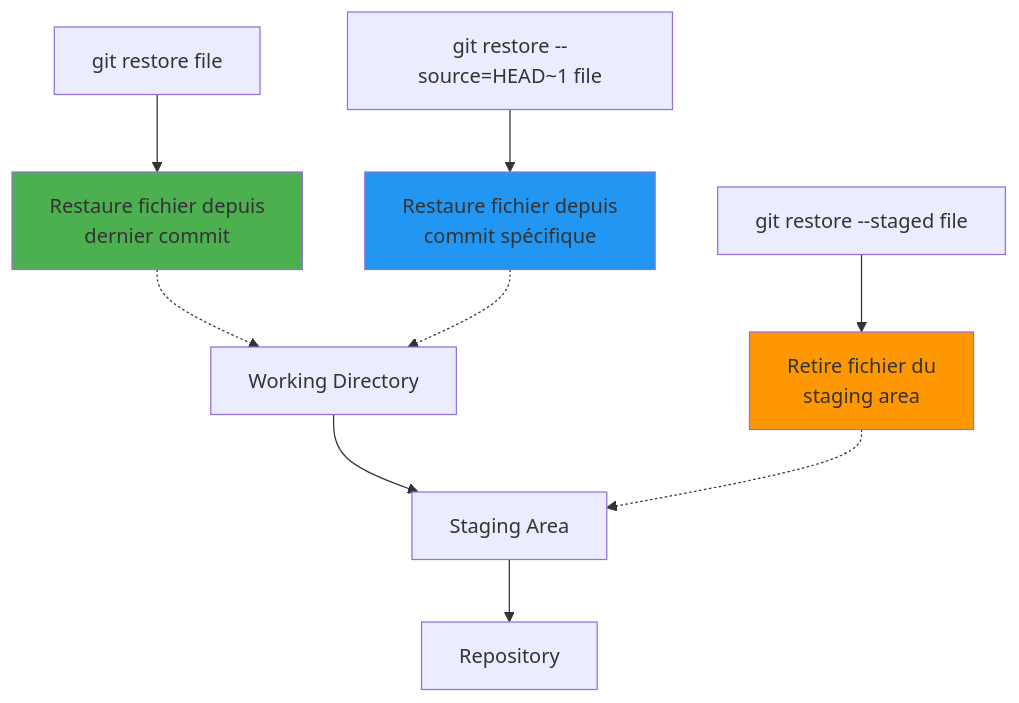
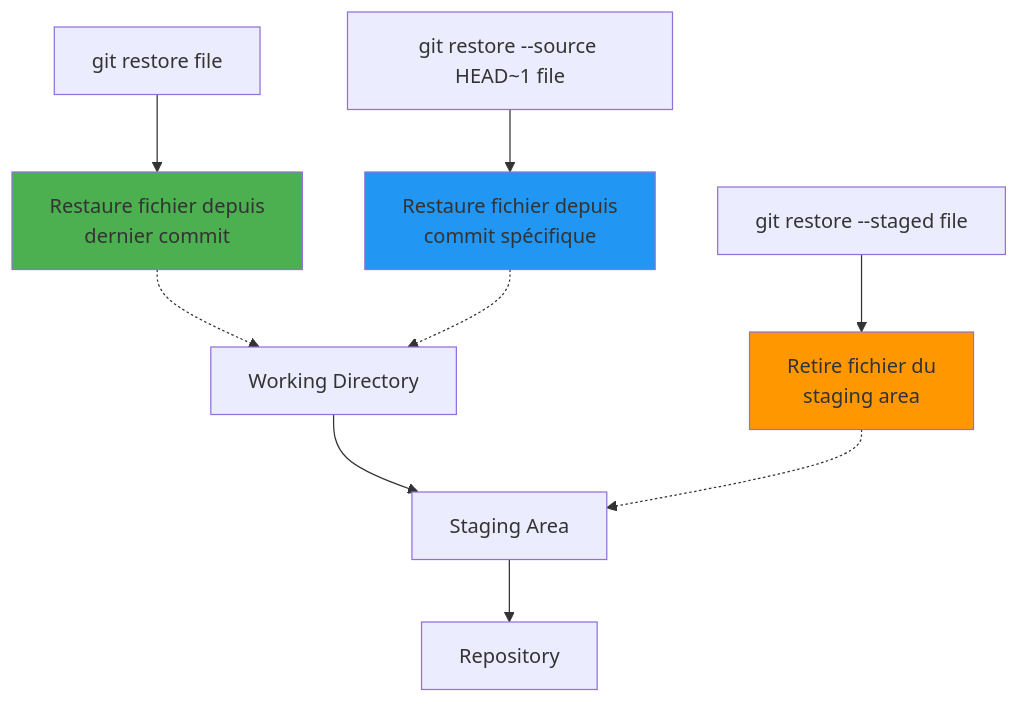
One commit to formationrossignol/tp-cicd changed diagram 21 of 50 in plus-de-git.md. Above: the diagram before and after it, drawn with Mermaid. The commit also changed other lines of this file, not shown here.

````diff
--- a/plus-de-git.md
+++ b/plus-de-git.md
@@ -219,17 +240,17 @@
 ```mermaid
 flowchart TD
     A[git restore file] --> B[Restaure fichier depuis<br/>dernier commit]
     C[git restore --staged file] --> D[Retire fichier du<br/>staging area]
-    E[git restore --source=HEAD~1 file] --> F[Restaure fichier depuis<br/>commit spécifique]
+    E[git restore --source HEAD~1 file] --> F[Restaure fichier depuis<br/>commit spécifique]
     
     G[Working Directory] --> H[Staging Area] 
     H --> I[Repository]
     
     B -.-> G
     D -.-> H
     F -.-> G
     
     style B fill:#4caf50
     style D fill:#ff9800
     style F fill:#2196f3
 ```
````
